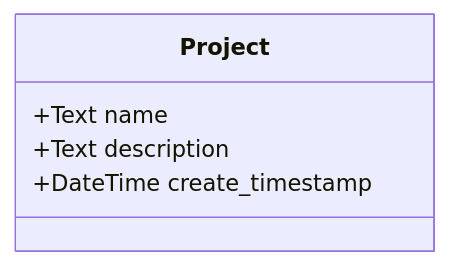
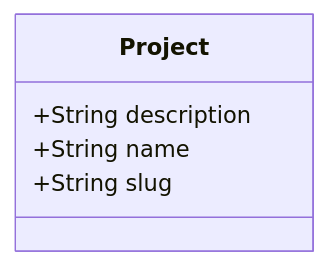
Before and after one commit to stsh89/metropolis: the first of 3 diagrams in docs/src/projects/project.md, drawn with Mermaid. The commit also changed other lines of this file and 8 other files, not shown here.

````diff
--- a/docs/src/projects/project.md
+++ b/docs/src/projects/project.md
@@ -4,8 +4,8 @@
 ```mermaid
 classDiagram
-    class Project {
-        +Text name
-        +Text description
-        +DateTime create_timestamp
+    class Project{
+        +String description
+        +String name
+        +String slug
     }
 ```
````
